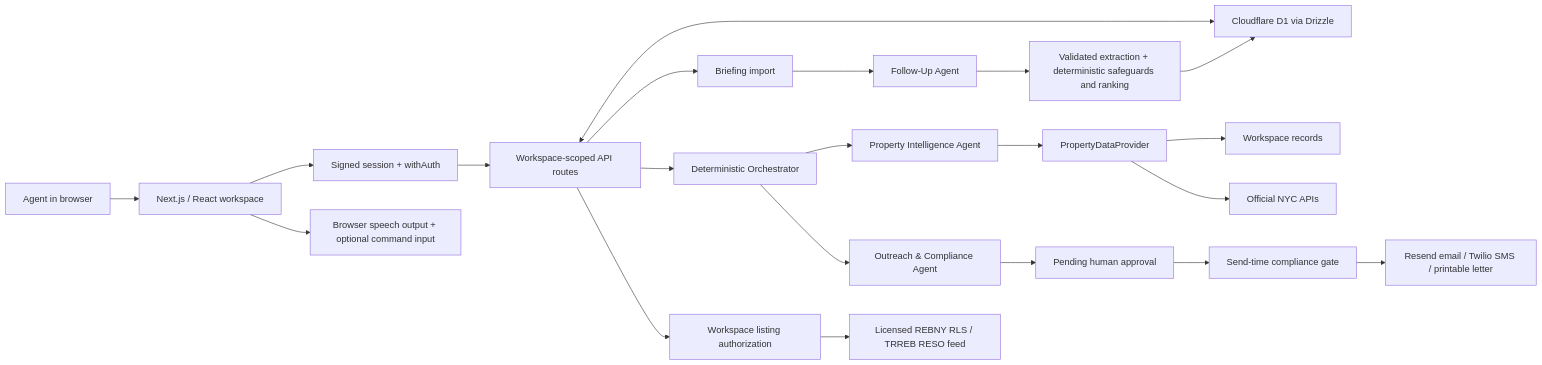
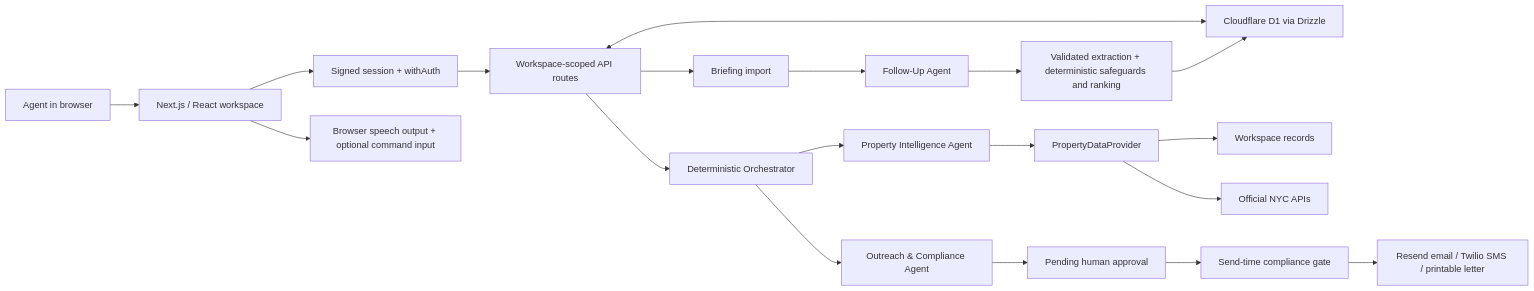
The first of 2 diagrams in docs/PROJECT_MEMORY.md (MITRAKER/PROPERTY-OS), drawn with Mermaid before and after one commit. The commit also changed other lines of this file and 17 other files, not shown here.

````diff
--- a/docs/PROJECT_MEMORY.md
+++ b/docs/PROJECT_MEMORY.md
@@ -122,27 +121,24 @@
 ```mermaid
 flowchart LR
     U["Agent in browser"] --> UI["Next.js / React workspace"]
     UI --> AUTH["Signed session + withAuth"]
     AUTH --> API["Workspace-scoped API routes"]
     API <--> D1["Cloudflare D1 via Drizzle"]
 
     API --> B["Briefing import"]
     B --> F["Follow-Up Agent"]
     F --> RULES["Validated extraction + deterministic safeguards and ranking"]
     RULES --> D1
 
     API --> O["Deterministic Orchestrator"]
     O --> PI["Property Intelligence Agent"]
     O --> OC["Outreach & Compliance Agent"]
     PI --> DP["PropertyDataProvider"]
     DP --> WS["Workspace records"]
     DP --> NYC["Official NYC APIs"]
     OC --> AP["Pending human approval"]
     AP --> GATE["Send-time compliance gate"]
     GATE --> SEND["Resend email / Twilio SMS / printable letter"]
 
-    API --> LA["Workspace listing authorization"]
-    LA --> RESO["Licensed REBNY RLS / TRREB RESO feed"]
-
     UI --> VOICE["Browser speech output + optional command input"]
 ```
````
